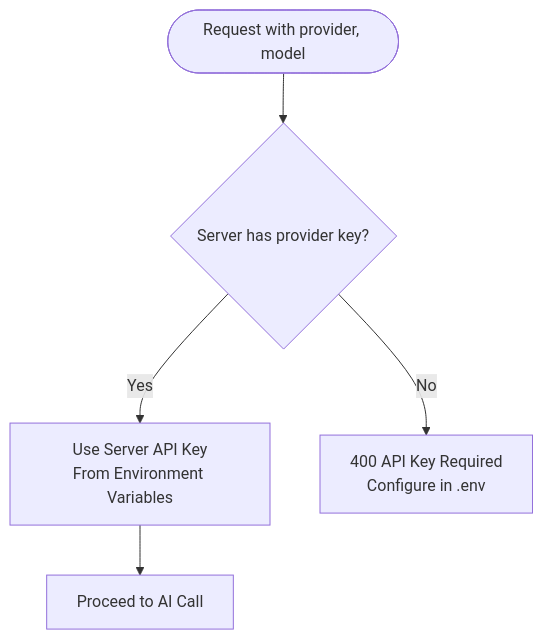
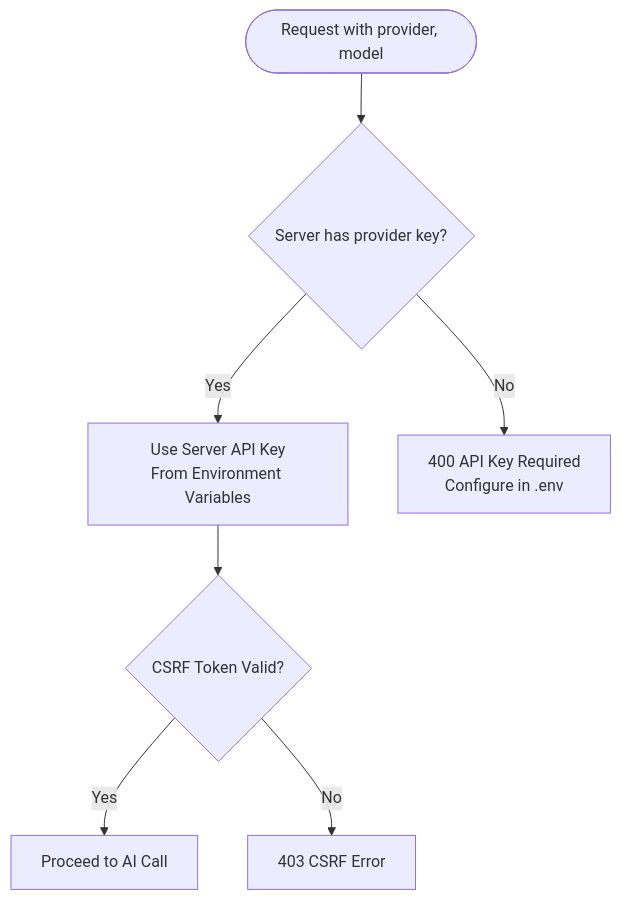
One commit to RunTimeAdmin/tri-ai changed the sixth of 8 diagrams in .qoder/repowiki/en/content/System Architecture/Security Architecture.md. Above: the diagram before and after it, drawn with Mermaid. The commit also changed other lines of this file and 40 other files, not shown here.

````diff
--- a/.qoder/repowiki/en/content/System Architecture/Security Architecture.md
+++ b/.qoder/repowiki/en/content/System Architecture/Security Architecture.md
@@ -239,7 +331,9 @@
 ```mermaid
 flowchart TD
 Start(["Request with provider, model"]) --> CheckServerKey{"Server has provider key?"}
 CheckServerKey --> |Yes| UseServer["Use Server API Key<br/>From Environment Variables"]
 CheckServerKey --> |No| Error["400 API Key Required<br/>Configure in .env"]
-UseServer --> Proceed["Proceed to AI Call"]
+UseServer --> CSRFCheck{"CSRF Token Valid?"}
+CSRFCheck --> |Yes| Proceed["Proceed to AI Call"]
+CSRFCheck --> |No| CSRFError["403 CSRF Error"]
 ```
````
